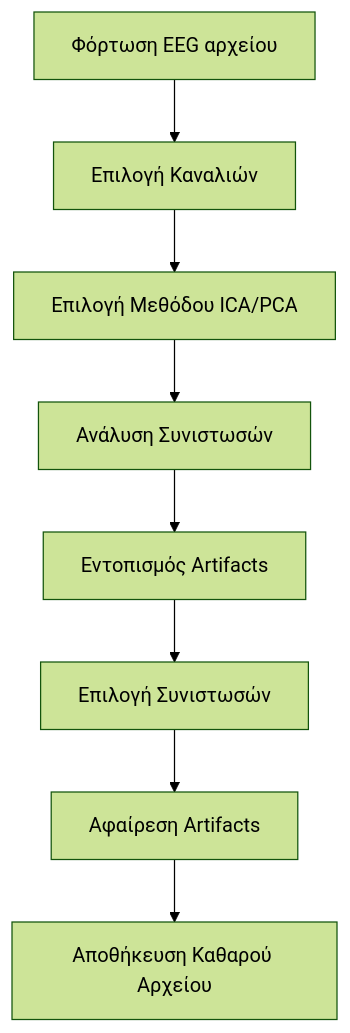
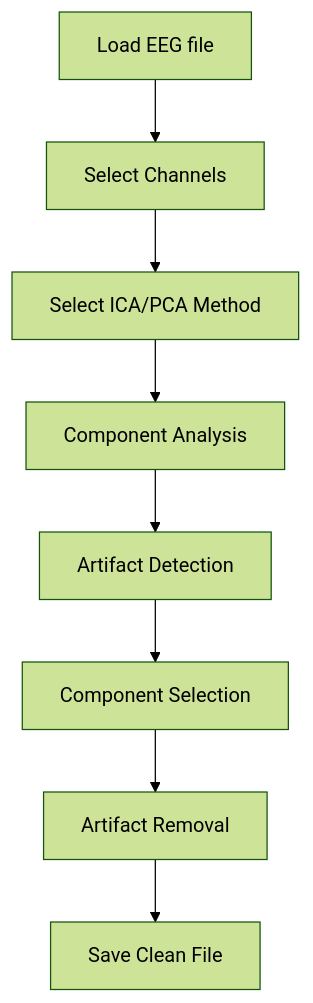
The first of 2 diagrams in README.md (porfanid/Katharsis), drawn with Mermaid (forest theme) before and after one commit. The commit also changed other lines of this file and 2 other files, not shown here.

````diff
--- a/README.md
+++ b/README.md
@@ -94,10 +94,10 @@
 ```mermaid
 graph TD
-    A[Φόρτωση EEG αρχείου] --> B[Επιλογή Καναλιών]
-    B --> C[Επιλογή Μεθόδου ICA/PCA]
-    C --> D[Ανάλυση Συνιστωσών]
-    D --> E[Εντοπισμός Artifacts]
-    E --> F[Επιλογή Συνιστωσών]
-    F --> G[Αφαίρεση Artifacts]
-    G --> H[Αποθήκευση Καθαρού Αρχείου]
+    A[Load EEG file] --> B[Select Channels]
+    B --> C[Select ICA/PCA Method]
+    C --> D[Component Analysis]
+    D --> E[Artifact Detection]
+    E --> F[Component Selection]
+    F --> G[Artifact Removal]
+    G --> H[Save Clean File]
 ```
````
